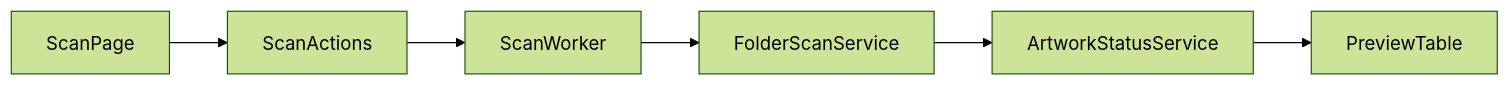
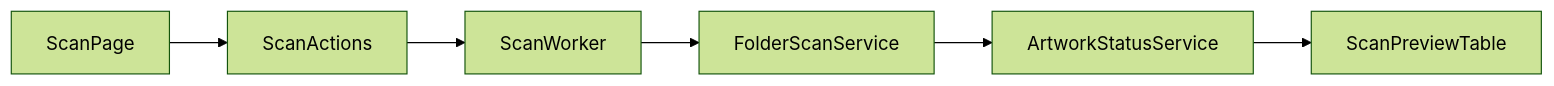
One commit to PKT0623/PixivLocalManager changed the fourth of 20 diagrams in docs/07_ARCHITECTURE.md. Above: the diagram before and after it, drawn with Mermaid (forest theme). The commit also changed other lines of this file and 9 other files, not shown here.

````diff
--- a/docs/07_ARCHITECTURE.md
+++ b/docs/07_ARCHITECTURE.md
@@ -299,10 +342,10 @@
 ```mermaid
 flowchart LR
 
 ScanPage
 --> ScanActions
 --> ScanWorker
 --> FolderScanService
 --> ArtworkStatusService
---> PreviewTable
+--> ScanPreviewTable
 ```
````
